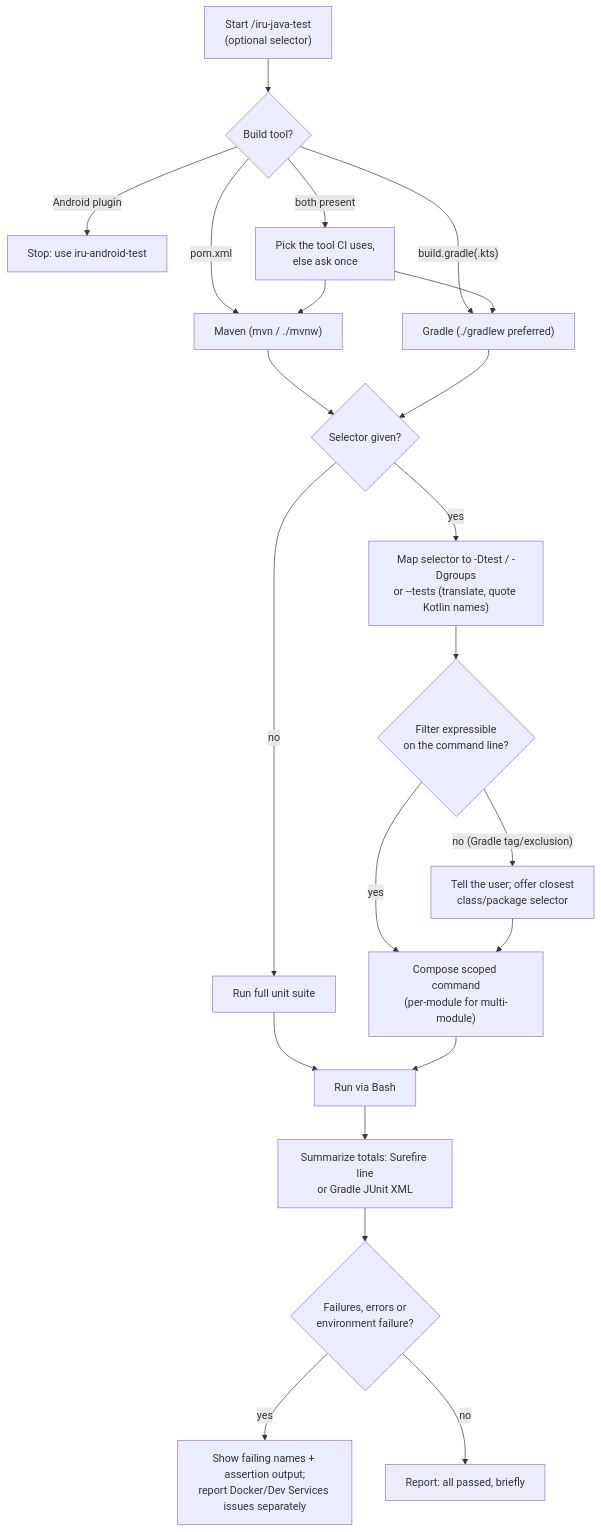
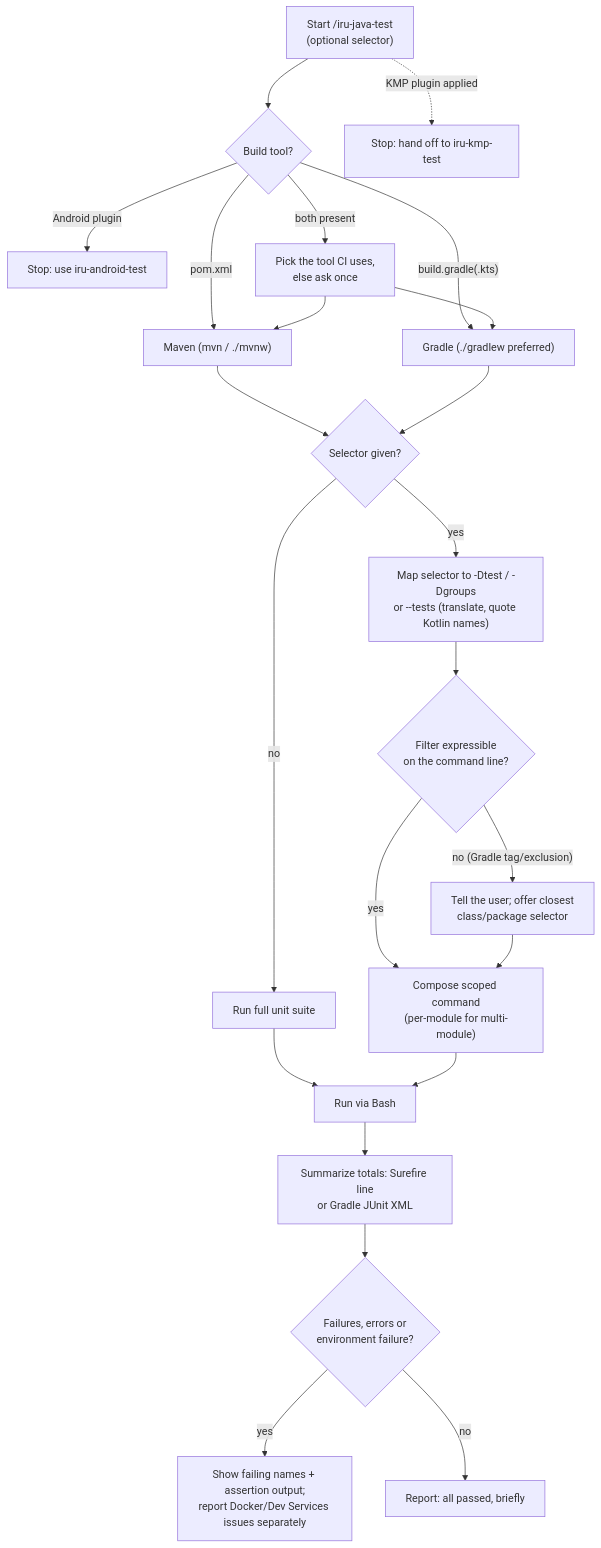
The diagram in docs/modules/ROOT/pages/skills/iru-java-test.adoc (albertoirurueta/ai-catalog), drawn with Mermaid before and after one commit. The commit also changed other lines of this file and 138 other files, not shown here.

```diff
--- a/docs/modules/ROOT/pages/skills/iru-java-test.adoc
+++ b/docs/modules/ROOT/pages/skills/iru-java-test.adoc
@@ -175,25 +177,26 @@
 [mermaid]
 ....
 flowchart TD
     A["Start /iru-java-test\n(optional selector)"] --> B{"Build tool?"}
+    A -. "KMP plugin applied" .-> KMP["Stop: hand off to iru-kmp-test"]
     B -- "pom.xml" --> C["Maven (mvn / ./mvnw)"]
     B -- "build.gradle(.kts)" --> D["Gradle (./gradlew preferred)"]
     B -- "Android plugin" --> E["Stop: use iru-android-test"]
     B -- "both present" --> F["Pick the tool CI uses,\nelse ask once"]
     F --> C
     F --> D
     C --> G{"Selector given?"}
     D --> G
     G -- no --> H["Run full unit suite"]
     G -- yes --> I["Map selector to -Dtest / -Dgroups\nor --tests (translate, quote Kotlin names)"]
     I --> J{"Filter expressible\non the command line?"}
     J -- "no (Gradle tag/exclusion)" --> K["Tell the user; offer closest\nclass/package selector"]
     J -- yes --> L["Compose scoped command\n(per-module for multi-module)"]
     K --> L
     H --> M["Run via Bash"]
     L --> M
     M --> N["Summarize totals: Surefire line\nor Gradle JUnit XML"]
     N --> O{"Failures, errors or\nenvironment failure?"}
     O -- yes --> P["Show failing names + assertion output;\nreport Docker/Dev Services issues separately"]
     O -- no --> Q["Report: all passed, briefly"]
 ....
```
